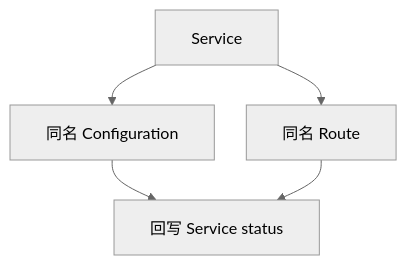
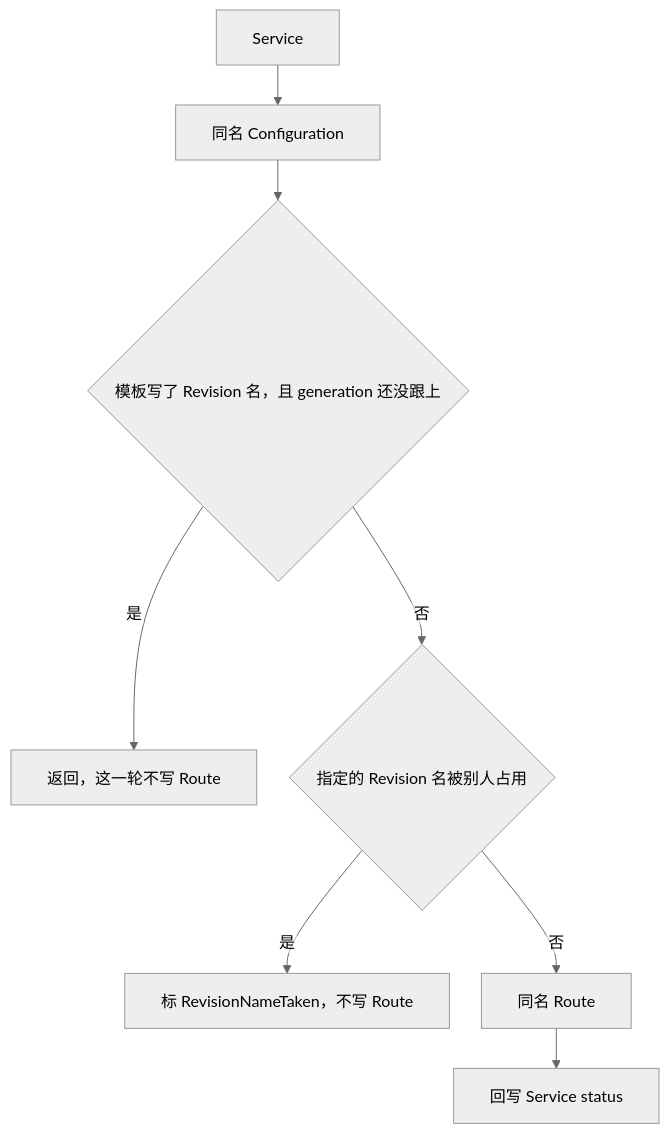
The diagram in serving/service-reconcile.md (forrestIsRunning/knative-lab), drawn with Mermaid (neutral theme) before and after one commit. The commit also changed other lines of this file and 3 other files, not shown here.

````diff
--- a/serving/service-reconcile.md
+++ b/serving/service-reconcile.md
@@ -24,8 +34,11 @@
 ```mermaid
 %%{init: {"htmlLabels": false, "flowchart": {"curve": "basis", "nodeSpacing": 32, "rankSpacing": 40, "padding": 18, "wrappingWidth": 800}}}%%
 flowchart TD
   svc["Service"] --> cfg["同名 Configuration"]
-  svc --> route["同名 Route"]
-  cfg --> status["回写 Service status"]
-  route --> status
+  cfg --> byo{"模板写了 Revision 名，且 generation 还没跟上"}
+  byo -->|是| stop["返回，这一轮不写 Route"]
+  byo -->|否| name{"指定的 Revision 名被别人占用"}
+  name -->|是| taken["标 RevisionNameTaken，不写 Route"]
+  name -->|否| route["同名 Route"]
+  route --> status["回写 Service status"]
 ```
````
